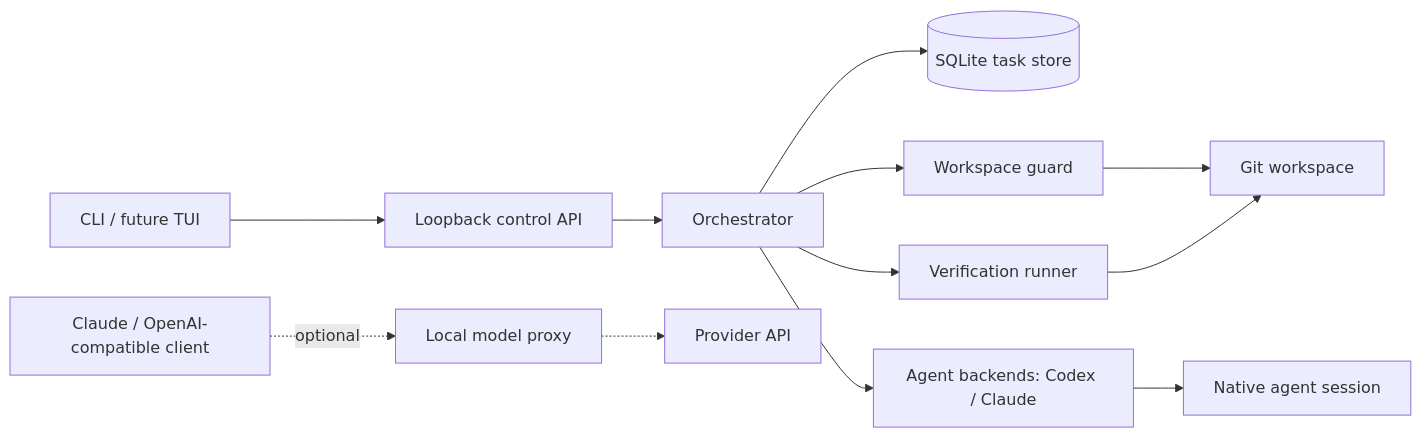
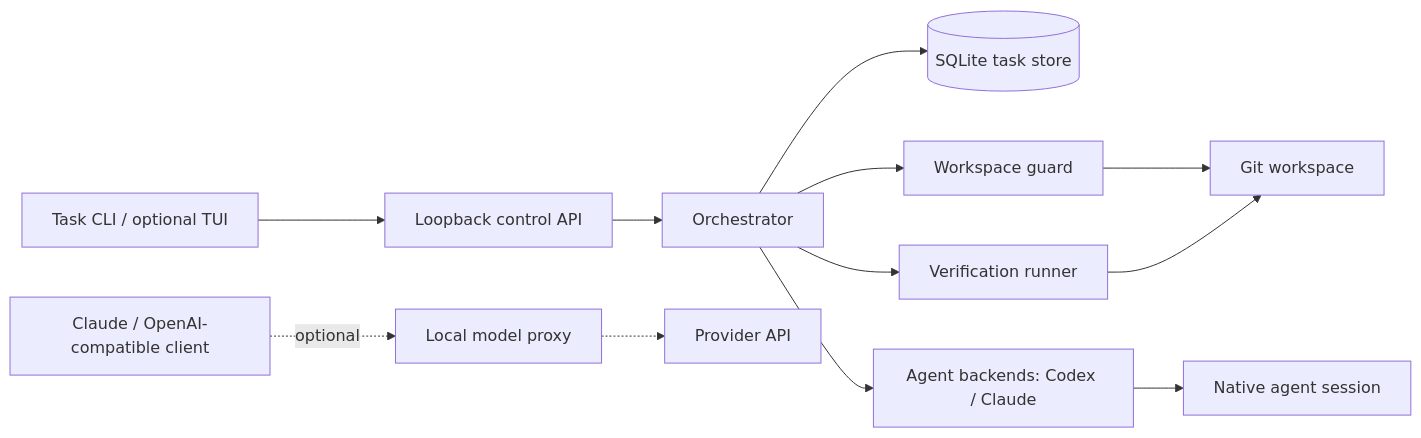
Before and after one commit to Revanth14/indexqube: the diagram in README.md, drawn with Mermaid. The commit also changed other lines of this file and 3 other files, not shown here.

````diff
--- a/README.md
+++ b/README.md
@@ -442,15 +441,15 @@
 ```mermaid
 flowchart LR
-    UI[CLI / future TUI] --> API[Loopback control API]
+    UI[Task CLI / optional TUI] --> API[Loopback control API]
     API --> ORCH[Orchestrator]
     ORCH --> STORE[(SQLite task store)]
     ORCH --> GUARD[Workspace guard]
     ORCH --> AGENT[Agent backends: Codex / Claude]
     ORCH --> VERIFY[Verification runner]
     AGENT --> SESSION[Native agent session]
     GUARD --> REPO[Git workspace]
     VERIFY --> REPO
 
     CLIENT[Claude / OpenAI-compatible client] -. optional .-> PROXY[Local model proxy]
     PROXY -.-> UPSTREAM[Provider API]
 ```
````
